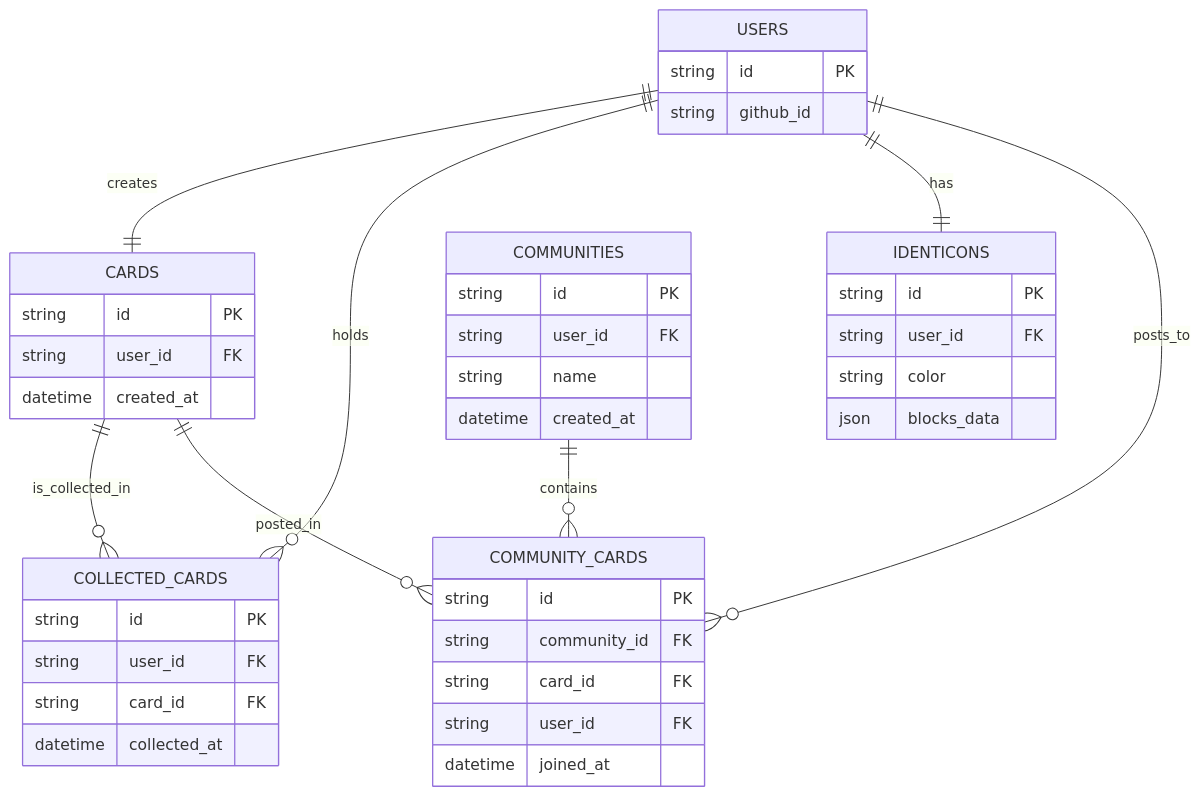
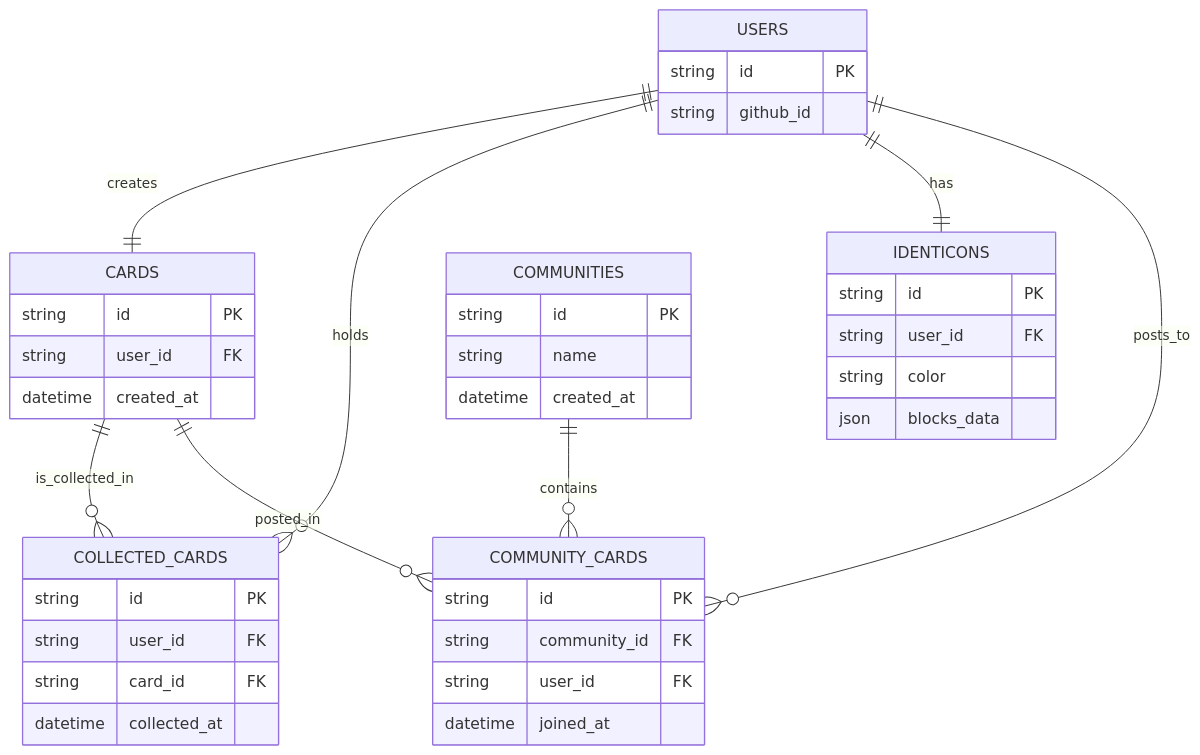
Before and after one commit to furarico/octo-deck-api: the diagram in docs/er.md, drawn with Mermaid.

Commit message:
fic userid

````diff
--- a/docs/er.md
+++ b/docs/er.md
@@ -3,50 +3,48 @@
 ```mermaid
 erDiagram
     USERS {
         string id PK
         string github_id
     }
 
     CARDS {
         string id PK
         string user_id FK
         datetime created_at
     }
 
     COLLECTED_CARDS {
         string id PK
         string user_id FK
         string card_id FK
         datetime collected_at
     }
 
     IDENTICONS {
         string id PK
         string user_id FK
         string color
         json blocks_data
     }
 
     COMMUNITIES {
         string id PK
-        string user_id FK
         string name
         datetime created_at
     }
 
     COMMUNITY_CARDS {
     string id PK
     string community_id FK
-    string card_id FK
     string user_id FK
     datetime joined_at
 }
 
     USERS ||--|| CARDS : creates
     USERS ||--o{ COLLECTED_CARDS : holds
     CARDS ||--o{ COLLECTED_CARDS : is_collected_in
     USERS ||--|| IDENTICONS : has
     USERS ||--o{ COMMUNITY_CARDS : posts_to
     COMMUNITIES ||--o{ COMMUNITY_CARDS : contains
     CARDS ||--o{ COMMUNITY_CARDS : posted_in
 ```
````
